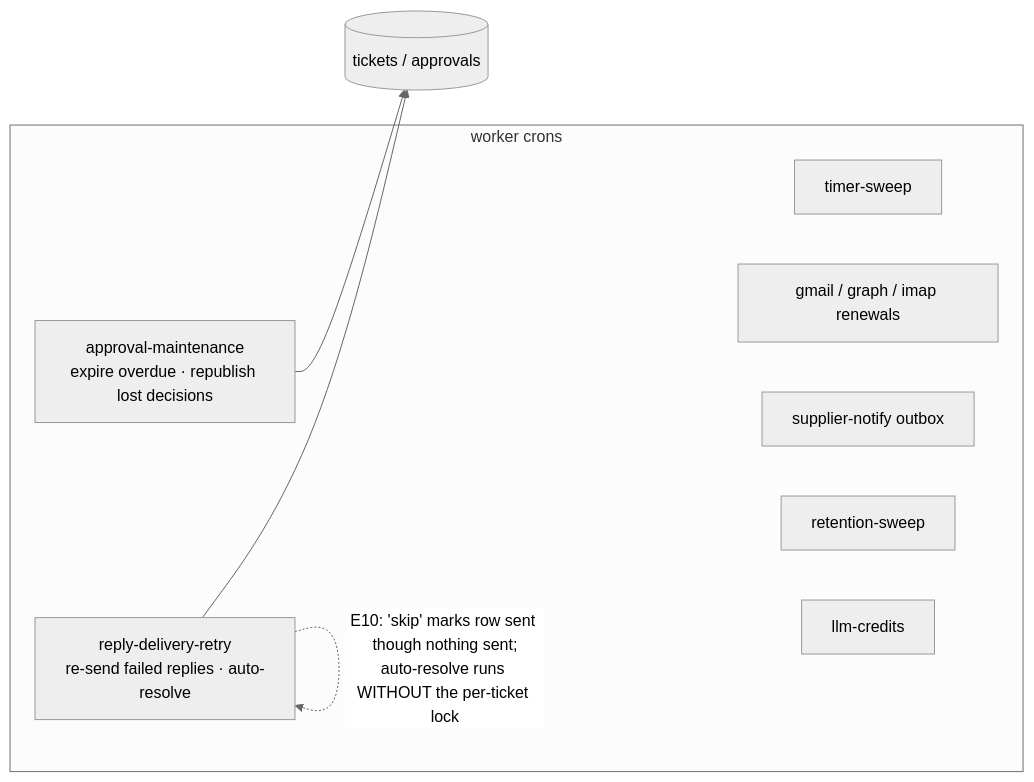
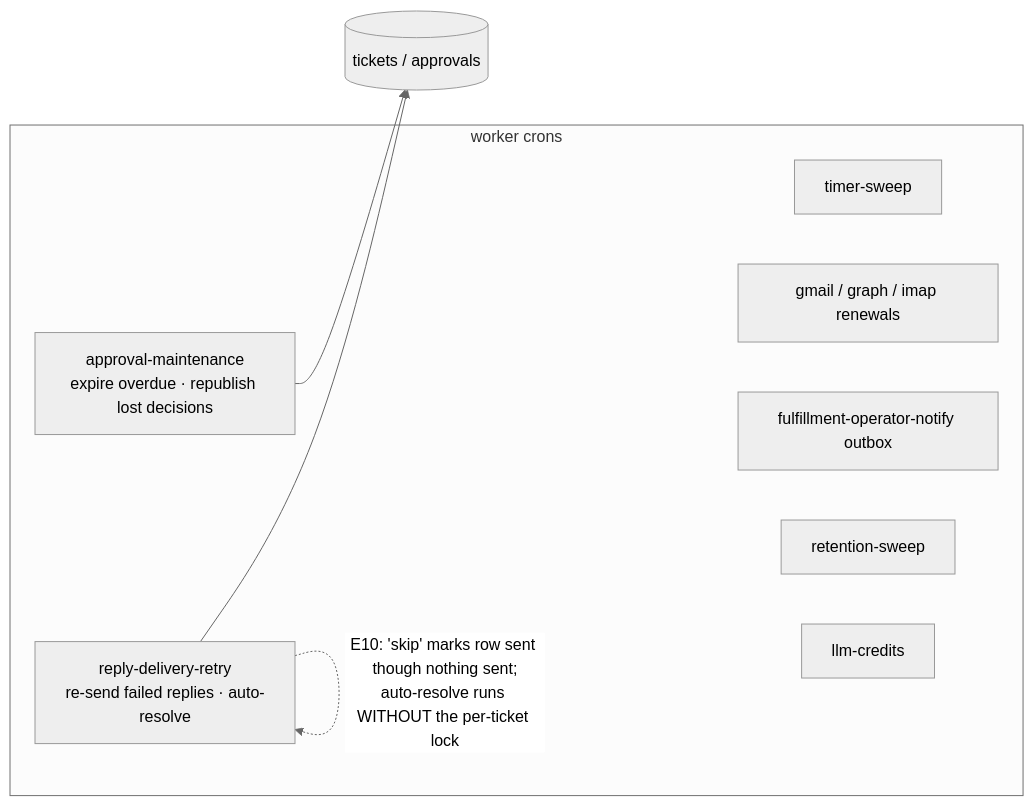
Before and after one commit to anasnaciri/support-agent: the second of 5 diagrams in docs/agent-runtime-analysis.md, drawn with Mermaid (neutral theme). The commit also changed other lines of this file and 262 other files, not shown here.

First line of the commit message:
feat(domain)!: migrate supplier to fulfillment operator

````diff
--- a/docs/agent-runtime-analysis.md
+++ b/docs/agent-runtime-analysis.md
@@ -59,16 +59,16 @@
 ```mermaid
 flowchart LR
     subgraph crons["worker crons"]
         AM["approval-maintenance<br/>expire overdue · republish lost decisions"]
         RD["reply-delivery-retry<br/>re-send failed replies · auto-resolve"]
         TS["timer-sweep"]
         REN["gmail / graph / imap renewals"]
-        SN["supplier-notify outbox"]
+        SN["fulfillment-operator-notify outbox"]
         RET["retention-sweep"]
         LC["llm-credits"]
     end
     AM --> TICKET[(tickets / approvals)]
     RD --> TICKET
     RD -. "E10: 'skip' marks row sent though nothing sent;<br/>auto-resolve runs WITHOUT the per-ticket lock" .-> RD
     classDef x fill:#fde2e2,stroke:#b91c1c;
 ```
````
